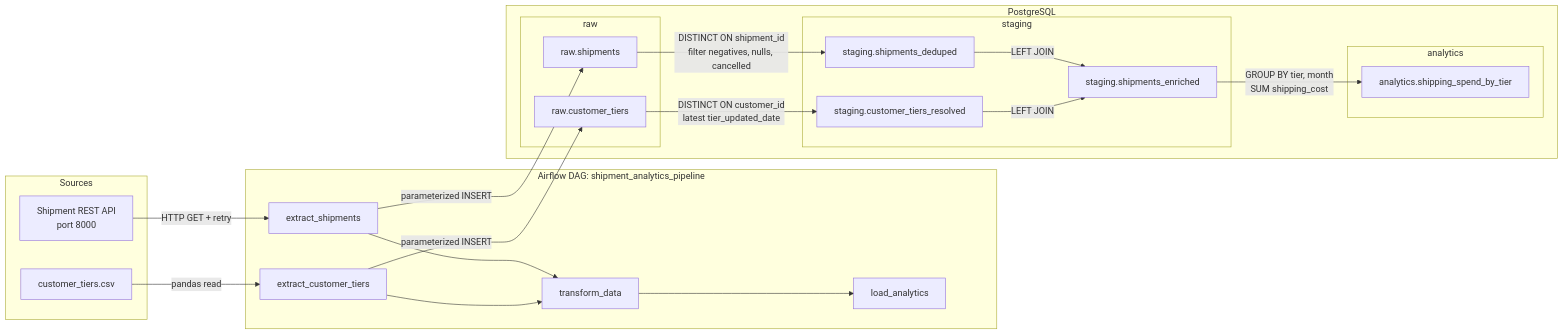
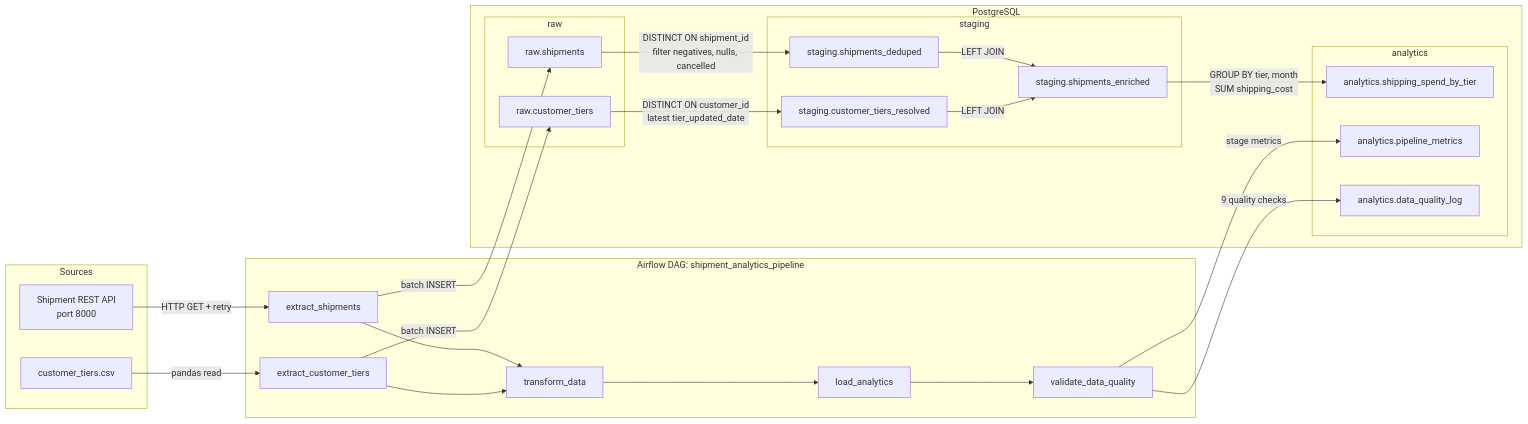
Before and after one commit to 0xabdulraheem/rihal-codestacker-de: the diagram in docs/architecture.mermaid, drawn with Mermaid. The commit also changed 11 other files, not shown here.

```diff
--- a/docs/architecture.mermaid
+++ b/docs/architecture.mermaid
@@ -1,44 +1,48 @@
 graph LR
     subgraph Sources
         API["Shipment REST API<br/>port 8000"]
         CSV["customer_tiers.csv"]
     end
 
     subgraph "Airflow DAG: shipment_analytics_pipeline"
         E1["extract_shipments"]
         E2["extract_customer_tiers"]
         T["transform_data"]
         L["load_analytics"]
+        V["validate_data_quality"]
+        E1 --> T
+        E2 --> T
+        T --> L
+        L --> V
     end
 
     subgraph "PostgreSQL"
         subgraph raw
             RS["raw.shipments"]
             RT["raw.customer_tiers"]
         end
         subgraph staging
             SD["staging.shipments_deduped"]
             CTR["staging.customer_tiers_resolved"]
             SE["staging.shipments_enriched"]
         end
         subgraph analytics
             AN["analytics.shipping_spend_by_tier"]
+            PM["analytics.pipeline_metrics"]
+            DQ["analytics.data_quality_log"]
         end
     end
 
     API -->|"HTTP GET + retry"| E1
     CSV -->|"pandas read"| E2
-    E1 -->|"parameterized INSERT"| RS
-    E2 -->|"parameterized INSERT"| RT
-
-    E1 --> T
-    E2 --> T
+    E1 -->|"batch INSERT"| RS
+    E2 -->|"batch INSERT"| RT
 
     RS -->|"DISTINCT ON shipment_id<br/>filter negatives, nulls, cancelled"| SD
     RT -->|"DISTINCT ON customer_id<br/>latest tier_updated_date"| CTR
     SD -->|"LEFT JOIN"| SE
     CTR -->|"LEFT JOIN"| SE
 
-    T --> L
-
     SE -->|"GROUP BY tier, month<br/>SUM shipping_cost"| AN
+    V -->|"9 quality checks"| DQ
+    V -->|"stage metrics"| PM
```
